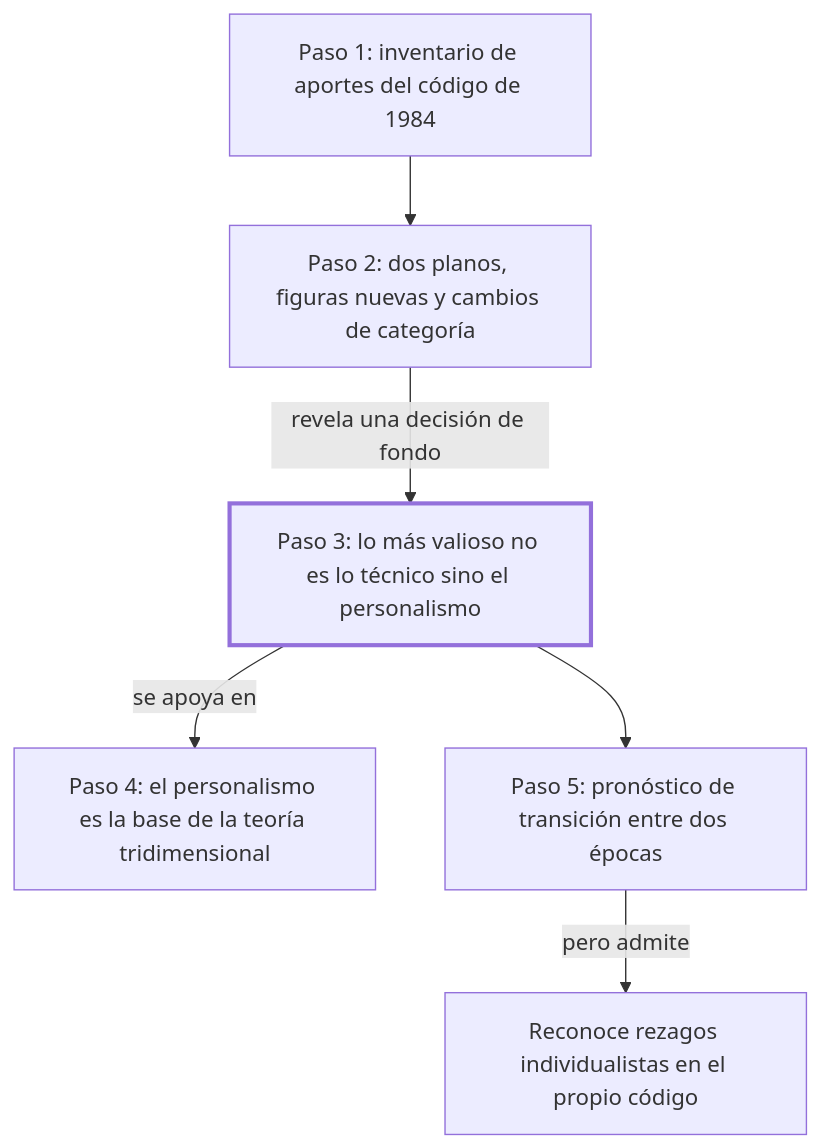
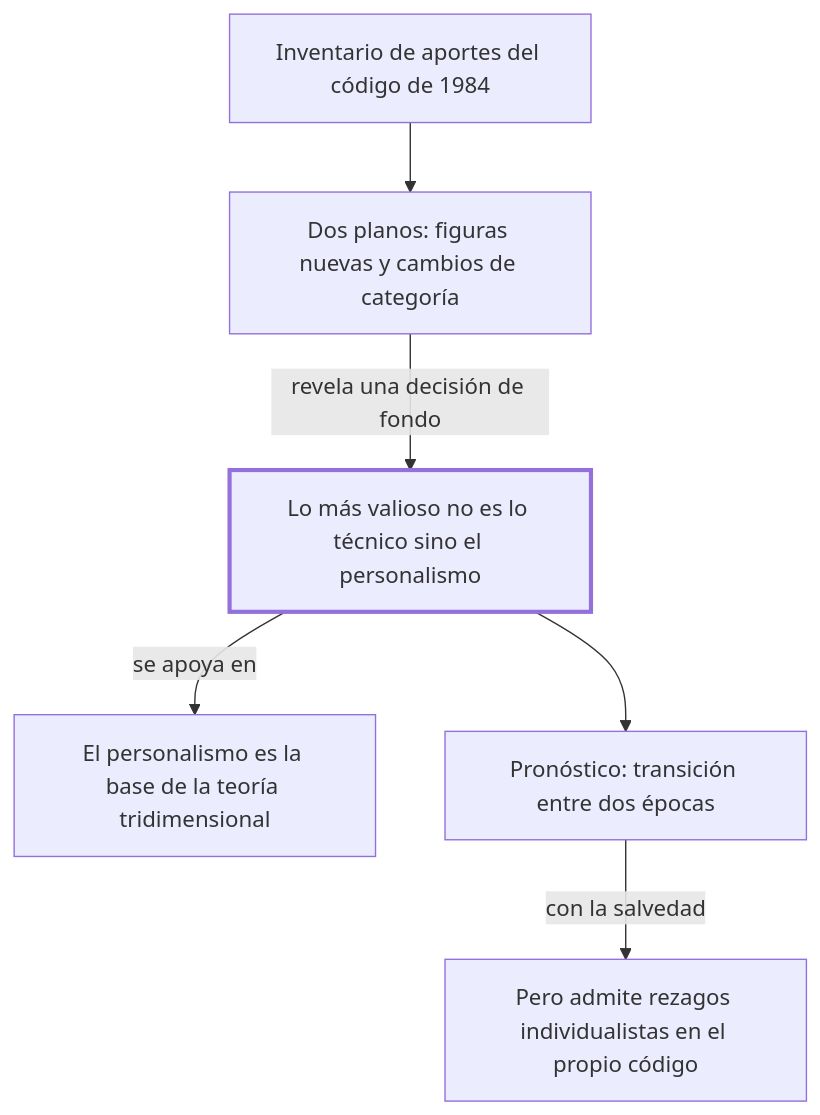
Before and after one commit to SebastianMora98/derecho: the diagram in libros/fs-diferentes-concepciones-de-lo-juridico-1/estudio/13-66-los-significativos-aportes-del-codigo.md, drawn with Mermaid. The commit also changed other lines of this file and 17 other files, not shown here.

````diff
--- a/libros/fs-diferentes-concepciones-de-lo-juridico-1/estudio/13-66-los-significativos-aportes-del-codigo.md
+++ b/libros/fs-diferentes-concepciones-de-lo-juridico-1/estudio/13-66-los-significativos-aportes-del-codigo.md
@@ -33,15 +21,15 @@
 ```mermaid
 flowchart TD
-    P1["Paso 1: inventario de aportes del código de 1984"]
-    P2["Paso 2: dos planos, figuras nuevas y cambios de categoría"]
-    P3["Paso 3: lo más valioso no es lo técnico sino el personalismo"]:::critico
-    P4["Paso 4: el personalismo es la base de la teoría tridimensional"]
-    P5["Paso 5: pronóstico de transición entre dos épocas"]
-    R["Reconoce rezagos individualistas en el propio código"]
-    P1 --> P2
-    P2 -->|"revela una decisión de fondo"| P3
-    P3 -->|"se apoya en"| P4
-    P3 --> P5
-    P5 -->|"pero admite"| R
+    I["Inventario de aportes del código de 1984"]
+    D["Dos planos: figuras nuevas y cambios de categoría"]
+    P["Lo más valioso no es lo técnico sino el personalismo"]:::critico
+    B["El personalismo es la base de la teoría tridimensional"]
+    T["Pronóstico: transición entre dos épocas"]
+    R["Pero admite rezagos individualistas en el propio código"]
+    I --> D
+    D -->|"revela una decisión de fondo"| P
+    P -->|"se apoya en"| B
+    P --> T
+    T -->|"con la salvedad"| R
     classDef critico stroke-width:3px
 ```
````
